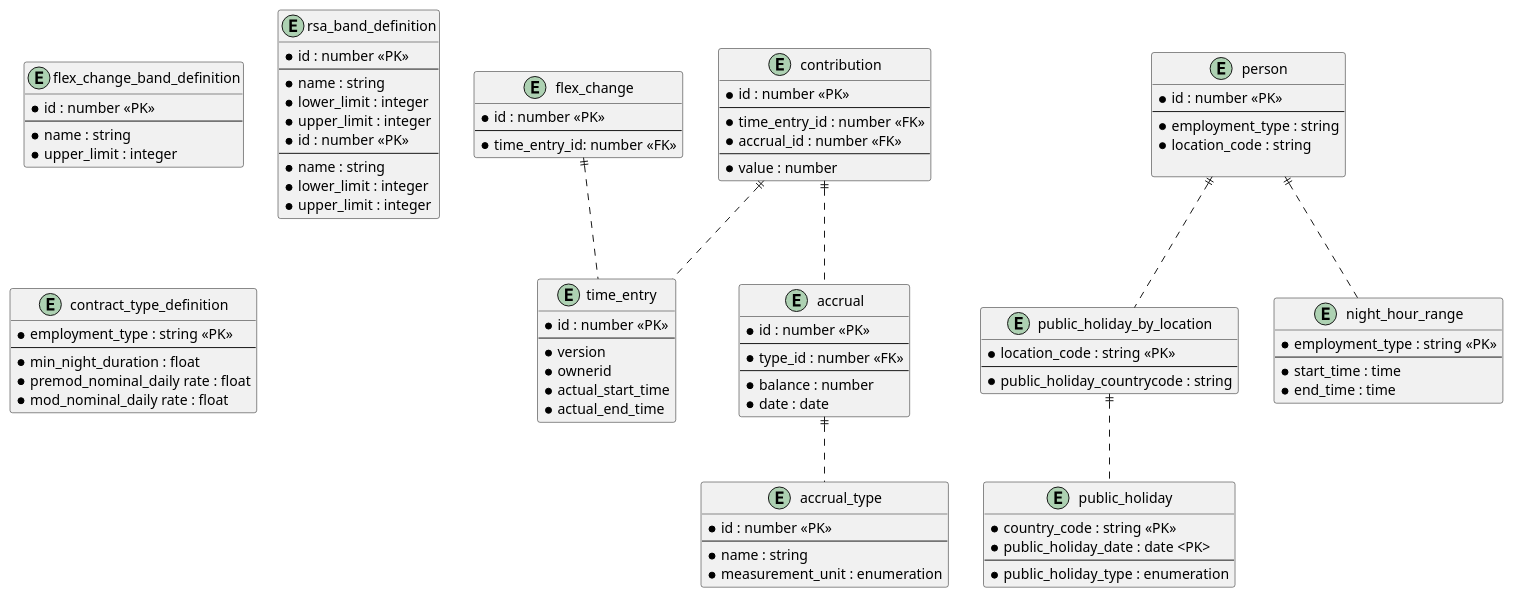
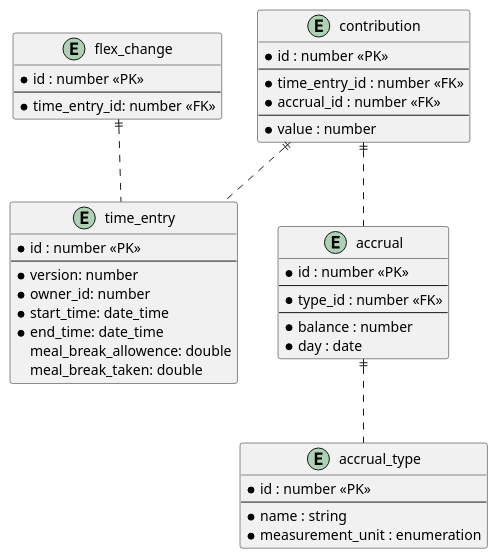
Before and after one commit to UKHomeOffice/callisto-accruals-restapi: the diagram in docs/storage-model.puml, drawn with PlantUML.

Commit message:
Add separate sections for each type of data

```diff
--- a/docs/storage-model.puml
+++ b/docs/storage-model.puml
@@ -1,112 +1,49 @@
 @startuml
 
 entity time_entry {
   * id : number <<PK>>
   --
-  * version
-  * ownerid
-  * actual_start_time
-  * actual_end_time
+  * version: number
+  * owner_id: number
+  * start_time: date_time
+  * end_time: date_time
+  meal_break_allowence: double
+  meal_break_taken: double  
 }
 
 entity flex_change {
   * id : number <<PK>>
   --
   * time_entry_id: number <<FK>>
 }
 
 entity accrual {
   * id : number <<PK>>
   --
   * type_id : number <<FK>>
   --
   * balance : number
-  * date : date
+  * day : date
 }
 
 entity contribution {
   * id : number <<PK>>
   --
   * time_entry_id : number <<FK>>
   * accrual_id : number <<FK>>
   --
   * value : number
 }
 
 entity accrual_type {
   * id : number <<PK>>
   --
   * name : string
   * measurement_unit : enumeration
 }
-
 accrual ||.. accrual_type
 contribution ||.. accrual
 contribution ||.. time_entry
 flex_change ||.. time_entry
 
-entity person {
-  * id : number <<PK>>
-  --
-  * employment_type : string
-  * location_code : string
-  
-}
-
-entity public_holiday_by_location {
-  * location_code : string <<PK>>
-  --
-  * public_holiday_countrycode : string
-}
-
-entity public_holiday {
-  * country_code : string <<PK>>
-  * public_holiday_date : date <PK>
-  --
-  * public_holiday_type : enumeration
-}
-
-person ||.. public_holiday_by_location
-public_holiday_by_location ||.. public_holiday
-
-entity flex_change_band_definition {
-  * id : number <<PK>>
-  --
-  * name : string
-  * upper_limit : integer
-}
-  
-entity rsa_band_definition {
-  * id : number <<PK>>
-  --
-  * name : string
-  * lower_limit : integer
-  * upper_limit : integer
-}
-
-entity rsa_band_definition {
-  * id : number <<PK>>
-  --
-  * name : string
-  * lower_limit : integer
-  * upper_limit : integer
-}
-
-entity night_hour_range {
-  * employment_type : string <<PK>>
-  --
-  * start_time : time
-  * end_time : time
-}
-
-person ||.. night_hour_range
-
-entity contract_type_definition {
-  * employment_type : string <<PK>>
-  --
-  * min_night_duration : float
-  * premod_nominal_daily rate : float
-  * mod_nominal_daily rate : float
-}
-
 @enduml
```
